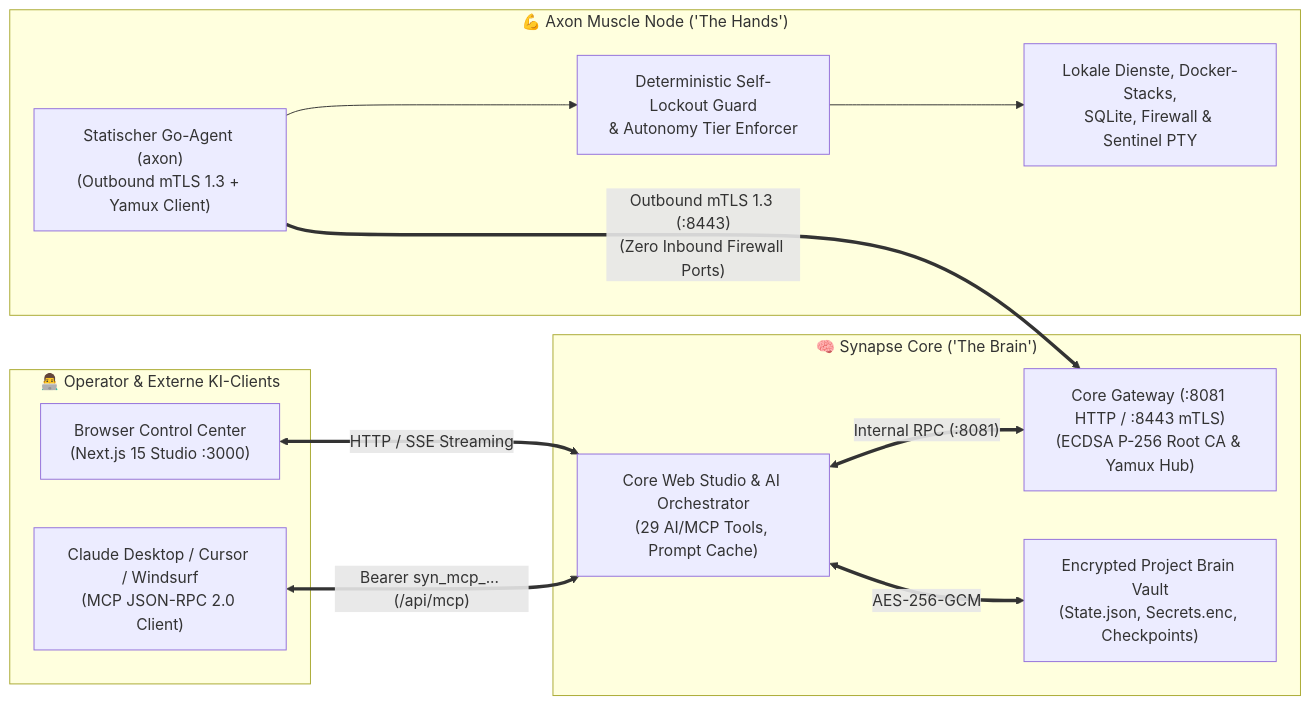
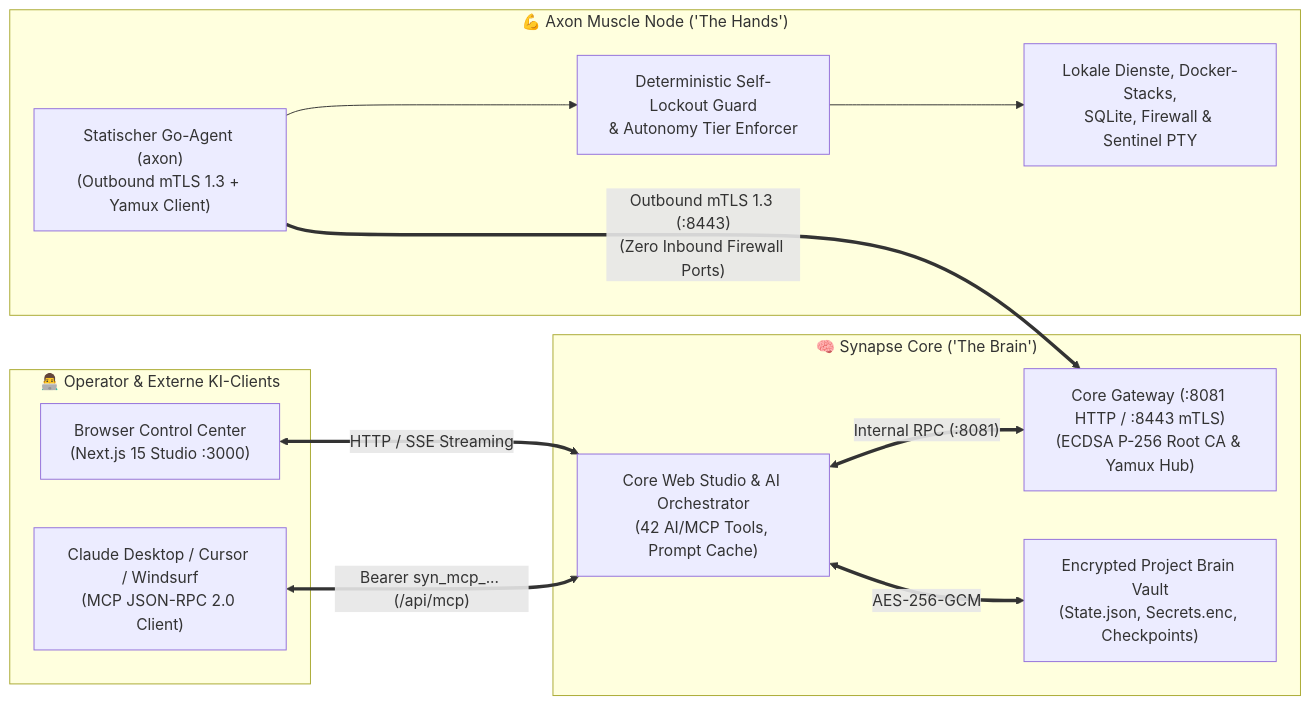
Before and after one commit to SolidStateNetwork/Synapse: the diagram in architecture/00-product-vision.md, drawn with Mermaid. The commit also changed 2 other files, not shown here.

Commit message:
docs(architecture): synchronize 42-tool count in 00-product-vision.md & add 4 MCP meta-tools row in 03-ai-orchestrator-and-mcp-server.md [BB-012]

````diff
--- a/architecture/00-product-vision.md
+++ b/architecture/00-product-vision.md
@@ -19,26 +19,26 @@
 ```mermaid
 flowchart LR
     subgraph Operators["👨‍💻 Operator & Externe KI-Clients"]
         WebUI["Browser Control Center\n(Next.js 15 Studio :3000)"]
         MCPClient["Claude Desktop / Cursor / Windsurf\n(MCP JSON-RPC 2.0 Client)"]
     end
 
     subgraph Core["🧠 Synapse Core ('The Brain')"]
-        Studio["Core Web Studio & AI Orchestrator\n(29 AI/MCP Tools, Prompt Cache)"]
+        Studio["Core Web Studio & AI Orchestrator\n(42 AI/MCP Tools, Prompt Cache)"]
         Vault["Encrypted Project Brain Vault\n(State.json, Secrets.enc, Checkpoints)"]
         Gateway["Core Gateway (:8081 HTTP / :8443 mTLS)\n(ECDSA P-256 Root CA & Yamux Hub)"]
     end
 
     subgraph Muscle["💪 Axon Muscle Node ('The Hands')"]
         Axon["Statischer Go-Agent (axon)\n(Outbound mTLS 1.3 + Yamux Client)"]
         Guard["Deterministic Self-Lockout Guard\n& Autonomy Tier Enforcer"]
         Runtime["Lokale Dienste, Docker-Stacks,\nSQLite, Firewall & Sentinel PTY"]
     end
 
     WebUI <==>|"HTTP / SSE Streaming"| Studio
     MCPClient <==>|"Bearer syn_mcp_... (/api/mcp)"| Studio
     Studio <==>|"AES-256-GCM"| Vault
     Studio <==>|"Internal RPC (:8081)"| Gateway
     Axon ===>|"Outbound mTLS 1.3 (:8443)\n(Zero Inbound Firewall Ports)"| Gateway
     Axon --> Guard --> Runtime
 ```
````
